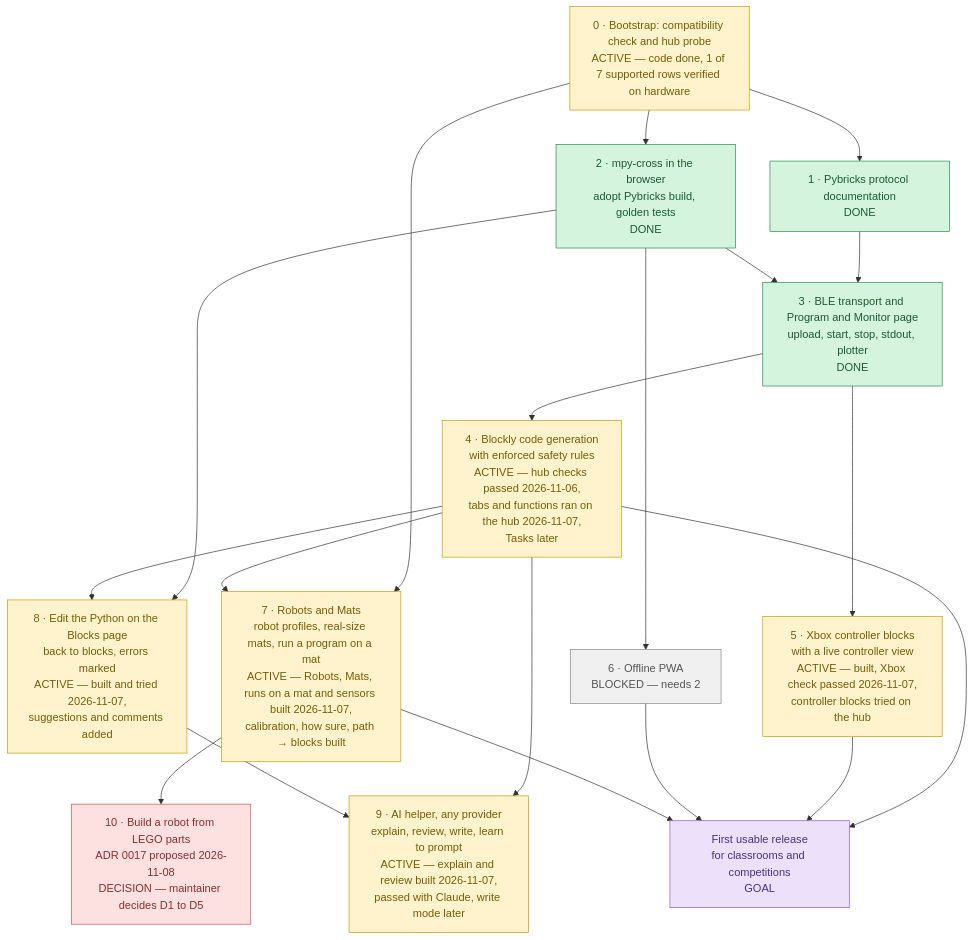
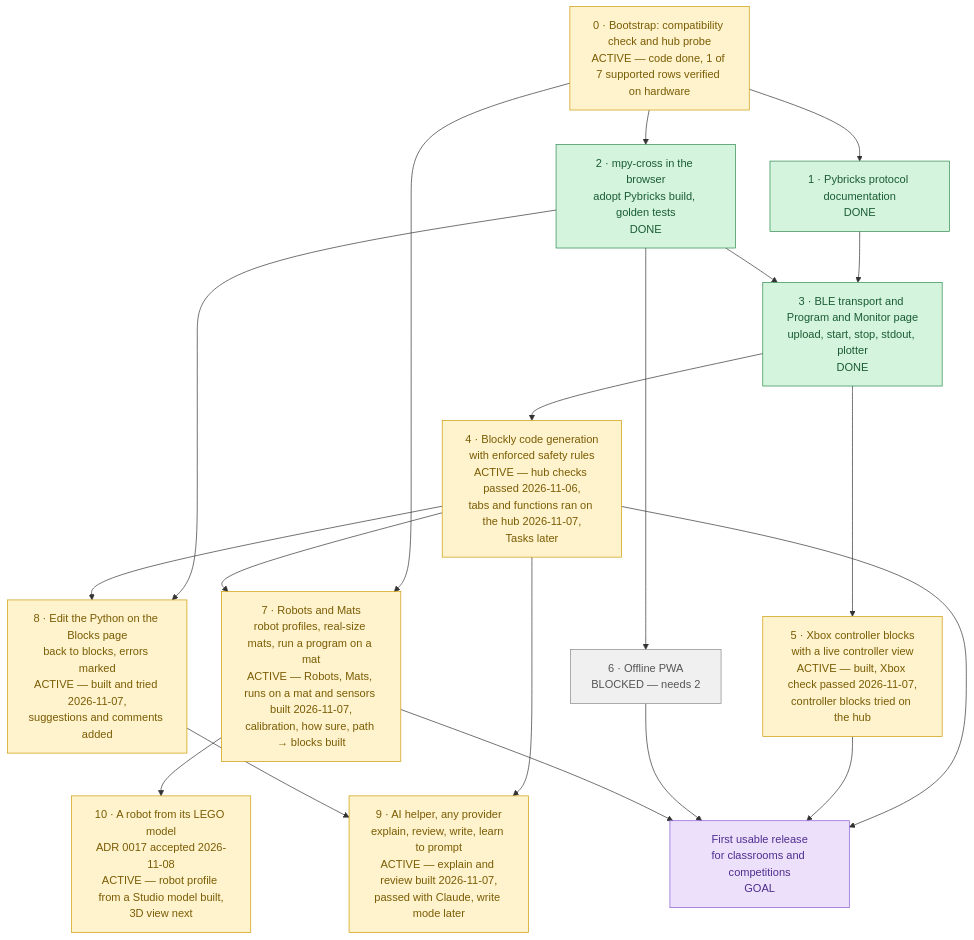
One commit to lumduan/matpilot changed the diagram in docs/roadmap.md. Above: the diagram before and after it, drawn with Mermaid. The commit also changed other lines of this file and 32 other files, not shown here.

````diff
--- a/docs/roadmap.md
+++ b/docs/roadmap.md
@@ -10,50 +10,50 @@
 ```mermaid
 flowchart TD
     M0["0 · Bootstrap: compatibility check and hub probe<br/>ACTIVE — code done, 1 of 7 supported rows verified on hardware"]
     M1["1 · Pybricks protocol documentation<br/>DONE"]
     M2["2 · mpy-cross in the browser<br/>adopt Pybricks build, golden tests<br/>DONE"]
     M3["3 · BLE transport and Program and Monitor page<br/>upload, start, stop, stdout, plotter<br/>DONE"]
     M4["4 · Blockly code generation<br/>with enforced safety rules<br/>ACTIVE — hub checks passed 2026-11-06,<br/>tabs and functions ran on the hub 2026-11-07,<br/>Tasks later"]
     M5["5 · Xbox controller blocks<br/>with a live controller view<br/>ACTIVE — built, Xbox check passed 2026-11-07,<br/>controller blocks tried on the hub"]
     M6["6 · Offline PWA<br/>BLOCKED — needs 2"]
     M7["7 · Robots and Mats<br/>robot profiles, real-size mats, run a program on a mat<br/>ACTIVE — Robots, Mats, runs on a mat and sensors built 2026-11-07,<br/>calibration, how sure, path → blocks built"]
-    M10["10 · Build a robot from LEGO parts<br/>ADR 0017 proposed 2026-11-08<br/>DECISION — maintainer decides D1 to D5"]
+    M10["10 · A robot from its LEGO model<br/>ADR 0017 accepted 2026-11-08<br/>ACTIVE — robot profile from a Studio model built,<br/>3D view next"]
     M8["8 · Edit the Python on the Blocks page<br/>back to blocks, errors marked<br/>ACTIVE — built and tried 2026-11-07,<br/>suggestions and comments added"]
     M9["9 · AI helper, any provider<br/>explain, review, write, learn to prompt<br/>ACTIVE — explain and review built 2026-11-07,<br/>passed with Claude, write mode later"]
     GOAL["First usable release<br/>for classrooms and competitions<br/>GOAL"]
 
     M0 --> M1
     M0 --> M2
     M0 --> M7
     M4 --> M7
     M7 --> M10
     M1 --> M3
     M2 --> M3
     M3 --> M4
     M3 --> M5
     M2 --> M6
     M4 --> GOAL
     M5 --> GOAL
     M6 --> GOAL
     M7 --> GOAL
     M2 --> M8
     M4 --> M8
     M4 --> M9
     M8 --> M9
 
     classDef done     fill:#d4f4dd,stroke:#2d8a4e,color:#1a5c33
     classDef active   fill:#fff3cd,stroke:#cc9a06,color:#7a5c04
     classDef ready    fill:#d6e9ff,stroke:#3b7dd8,color:#1e4d8f
     classDef blocked  fill:#f0f0f0,stroke:#888,color:#555
     classDef goal     fill:#ede0fb,stroke:#8a5cd8,color:#4d2e8f
     classDef decision fill:#fde0e0,stroke:#d05555,color:#8f2e2e
 
     class M0,M4,M5 active
     class M1,M2,M3 done
     class M7 active
     class M6 blocked
-    class M10 decision
+    class M10 active
     class GOAL goal
     class M8 active
     class M9 active
 ```
````
